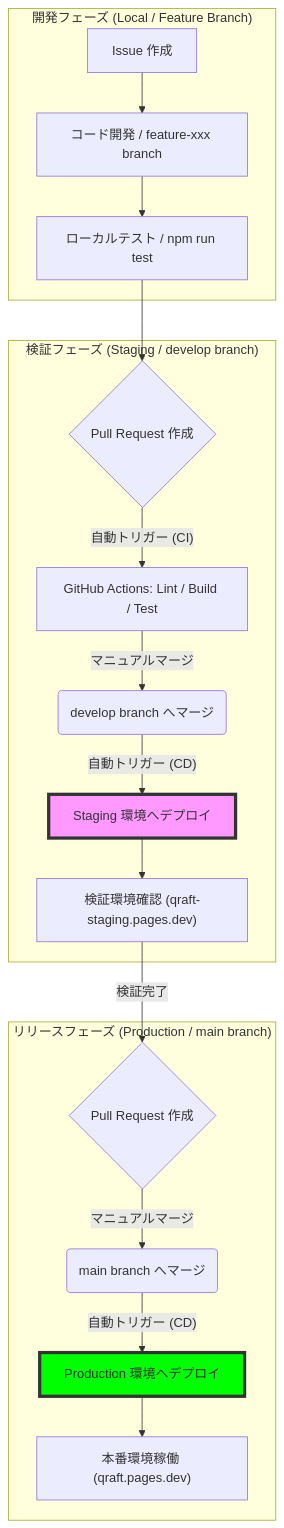
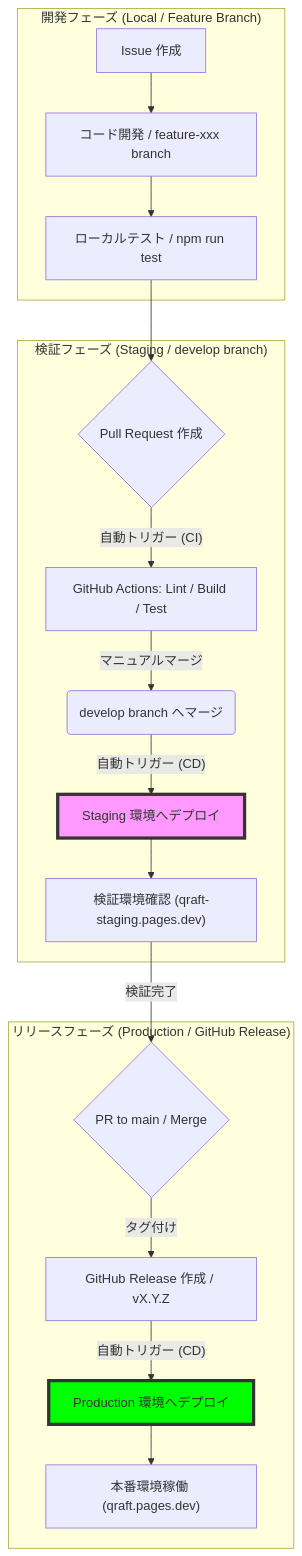
Before and after one commit to junichi-muraoka/ut-qms: the diagram in docs/deployment_flow_visualized.md, drawn with Mermaid. The commit also changed 2 other files, not shown here.

Commit message:
feat: implement release-triggered production deployment and versioning guide

````diff
--- a/docs/deployment_flow_visualized.md
+++ b/docs/deployment_flow_visualized.md
@@ -7,25 +7,25 @@
 ```mermaid
 graph TD
     subgraph "開発フェーズ (Local / Feature Branch)"
         A[Issue 作成] --> B[コード開発 / feature-xxx branch]
         B --> C[ローカルテスト / npm run test]
     end
 
     subgraph "検証フェーズ (Staging / develop branch)"
         C --> D{Pull Request 作成}
         D -- "自動トリガー (CI)" --> E[GitHub Actions: Lint / Build / Test]
         E -- "マニュアルマージ" --> F(develop branch へマージ)
         F -- "自動トリガー (CD)" --> G[Staging 環境へデプロイ]
         G --> H["検証環境確認 (qraft-staging.pages.dev)"]
     end
 
-    subgraph "リリースフェーズ (Production / main branch)"
-        H -- "検証完了" --> I{Pull Request 作成}
-        I -- "マニュアルマージ" --> J(main branch へマージ)
+    subgraph "リリースフェーズ (Production / GitHub Release)"
+        H -- "検証完了" --> I{PR to main / Merge}
+        I -- "タグ付け" --> J[GitHub Release 作成 / vX.Y.Z]
         J -- "自動トリガー (CD)" --> K[Production 環境へデプロイ]
         K --> L["本番環境稼働 (qraft.pages.dev)"]
     end
 
     style G fill:#f9f,stroke:#333,stroke-width:4px
     style K fill:#00ff00,stroke:#333,stroke-width:4px
 ```
````
